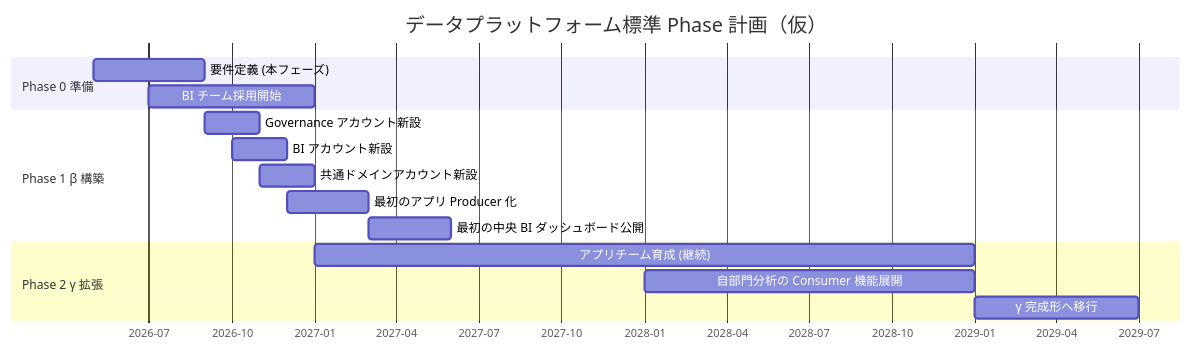
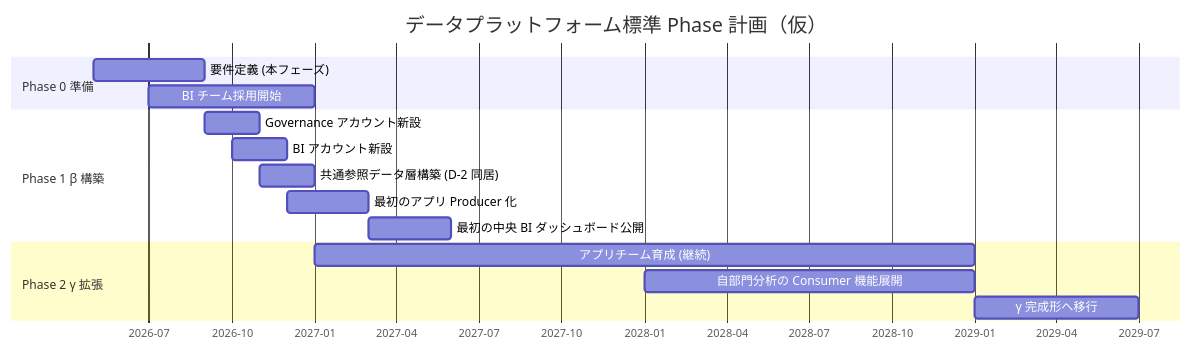
The third of 4 diagrams in doc/data-platform/strawman-proposal.md (suepie/aws-atuh-poc), drawn with Mermaid before and after one commit. The commit also changed other lines of this file and 11 other files, not shown here.

````diff
--- a/doc/data-platform/strawman-proposal.md
+++ b/doc/data-platform/strawman-proposal.md
@@ -284,22 +279,22 @@
 ```mermaid
 gantt
     title データプラットフォーム標準 Phase 計画（仮）
     dateFormat YYYY-MM
     axisFormat %Y-%m
 
     section Phase 0 準備
     要件定義 (本フェーズ)         :p0-1, 2026-05, 4M
     BI チーム採用開始             :p0-2, 2026-07, 6M
 
     section Phase 1 β 構築
     Governance アカウント新設       :p1-1, 2026-09, 2M
     BI アカウント新設               :p1-2, 2026-10, 2M
-    共通ドメインアカウント新設       :p1-3, 2026-11, 2M
+    共通参照データ層構築 (D-2 同居)   :p1-3, 2026-11, 2M
     最初のアプリ Producer 化         :p1-4, 2026-12, 3M
     最初の中央 BI ダッシュボード公開   :p1-5, 2027-03, 3M
 
     section Phase 2 γ 拡張
     アプリチーム育成 (継続)         :p2-1, 2027-01, 24M
     自部門分析の Consumer 機能展開   :p2-2, 2028-01, 12M
     γ 完成形へ移行                  :p2-3, 2029-01, 6M
 ```
````
